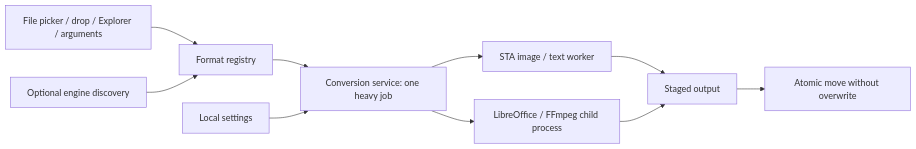
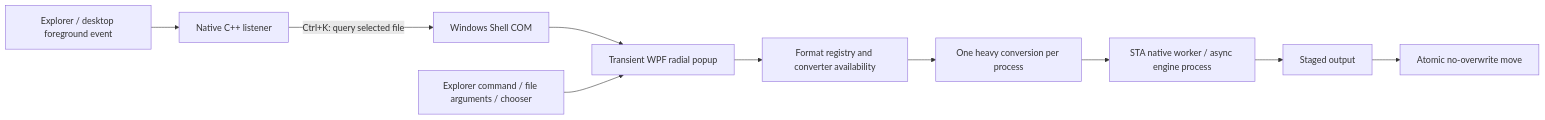
The diagram in docs/ARCHITECTURE.md (shardapps/Konvert-any), drawn with Mermaid before and after one commit. The commit also changed other lines of this file and 37 other files, not shown here.

First line of the commit message:
Rebuild Konvert around a Glass Ctrl+K popup and x64/ARM64 installers (#7)

````diff
--- a/docs/ARCHITECTURE.md
+++ b/docs/ARCHITECTURE.md
@@ -5,12 +5,12 @@
 ```mermaid
 flowchart LR
-    A[File picker / drop / Explorer / arguments] --> B[Format registry]
-    C[Optional engine discovery] --> B
-    B --> D[Conversion service: one heavy job]
-    D --> E[STA image / text worker]
-    D --> F[LibreOffice / FFmpeg child process]
-    E --> G[Staged output]
-    F --> G
-    G --> H[Atomic move without overwrite]
-    I[Local settings] --> D
+    A[Explorer / desktop foreground event] --> B[Native C++ listener]
+    B -->|Ctrl+K: query selected file| C[Windows Shell COM]
+    C --> D[Transient WPF radial popup]
+    E[Explorer command / file arguments / chooser] --> D
+    D --> F[Format registry and converter availability]
+    F --> G[One heavy conversion per process]
+    G --> H[STA native worker / async engine process]
+    H --> I[Staged output]
+    I --> J[Atomic no-overwrite move]
 ```
````
